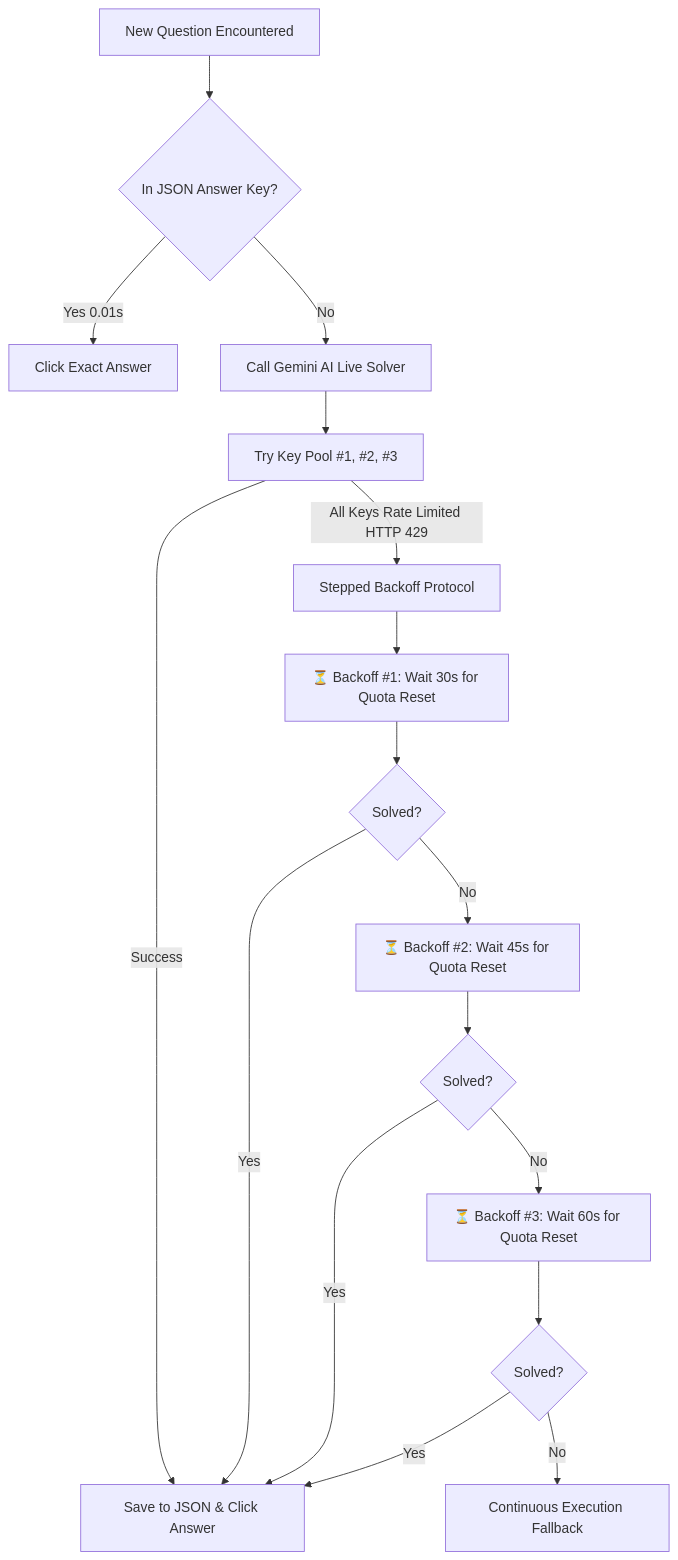
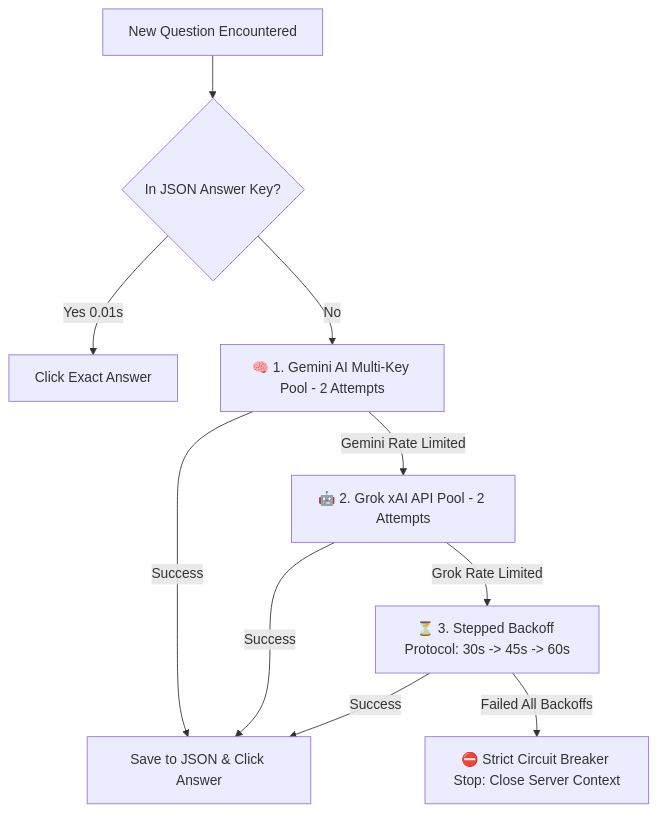
One commit to thechandrax/DikshaPlus-Automation-Suite changed the diagram in docs/06_MODULE_EXECUTION_AND_RETRY_PROTOCOL.md. Above: the diagram before and after it, drawn with Mermaid. The commit also changed other lines of this file and 1 other file, not shown here.

Commit message:
Engine: Set 2 Gemini attempts, 2 Grok attempts, 30s/45s/60s backoffs, and enforce strict Circuit Breaker Stop on AI failure without Option A fallback

````diff
--- a/docs/06_MODULE_EXECUTION_AND_RETRY_PROTOCOL.md
+++ b/docs/06_MODULE_EXECUTION_AND_RETRY_PROTOCOL.md
@@ -94,20 +94,13 @@
 ```mermaid
 flowchart TD
     A[New Question Encountered] --> B{In JSON Answer Key?}
     B -- Yes 0.01s --> C[Click Exact Answer]
-    B -- No --> D[Call Gemini AI Live Solver]
-    D --> E[Try Key Pool #1, #2, #3]
-    E -- Success --> F[Save to JSON & Click Answer]
-    E -- All Keys Rate Limited HTTP 429 --> G[Stepped Backoff Protocol]
+    B -- No --> D[🧠 1. Gemini AI Multi-Key Pool - 2 Attempts]
+    D -- Success --> E[Save to JSON & Click Answer]
+    D -- Gemini Rate Limited --> F[🤖 2. Grok xAI API Pool - 2 Attempts]
     
-    G --> H[⏳ Backoff #1: Wait 30s for Quota Reset]
-    H --> I{Solved?}
-    I -- Yes --> F
-    I -- No --> J[⏳ Backoff #2: Wait 45s for Quota Reset]
-    J --> K{Solved?}
-    K -- Yes --> F
-    K -- No --> L[⏳ Backoff #3: Wait 60s for Quota Reset]
-    L --> M{Solved?}
-    M -- Yes --> F
-    M -- No --> N[Continuous Execution Fallback]
+    F -- Success --> E
+    F -- Grok Rate Limited --> G[⏳ 3. Stepped Backoff Protocol: 30s -> 45s -> 60s]
+    G -- Success --> E
+    G -- Failed All Backoffs --> H[⛔ Strict Circuit Breaker Stop: Close Server Context]
 ```
````
